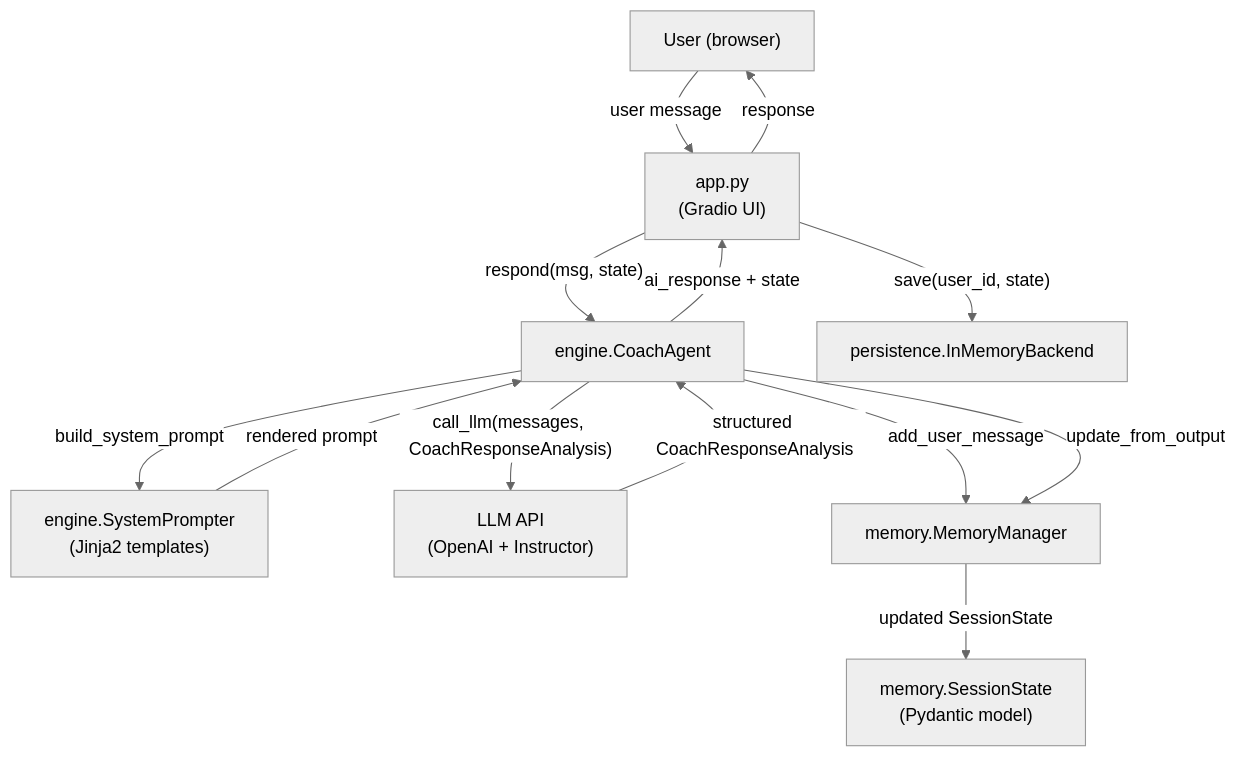
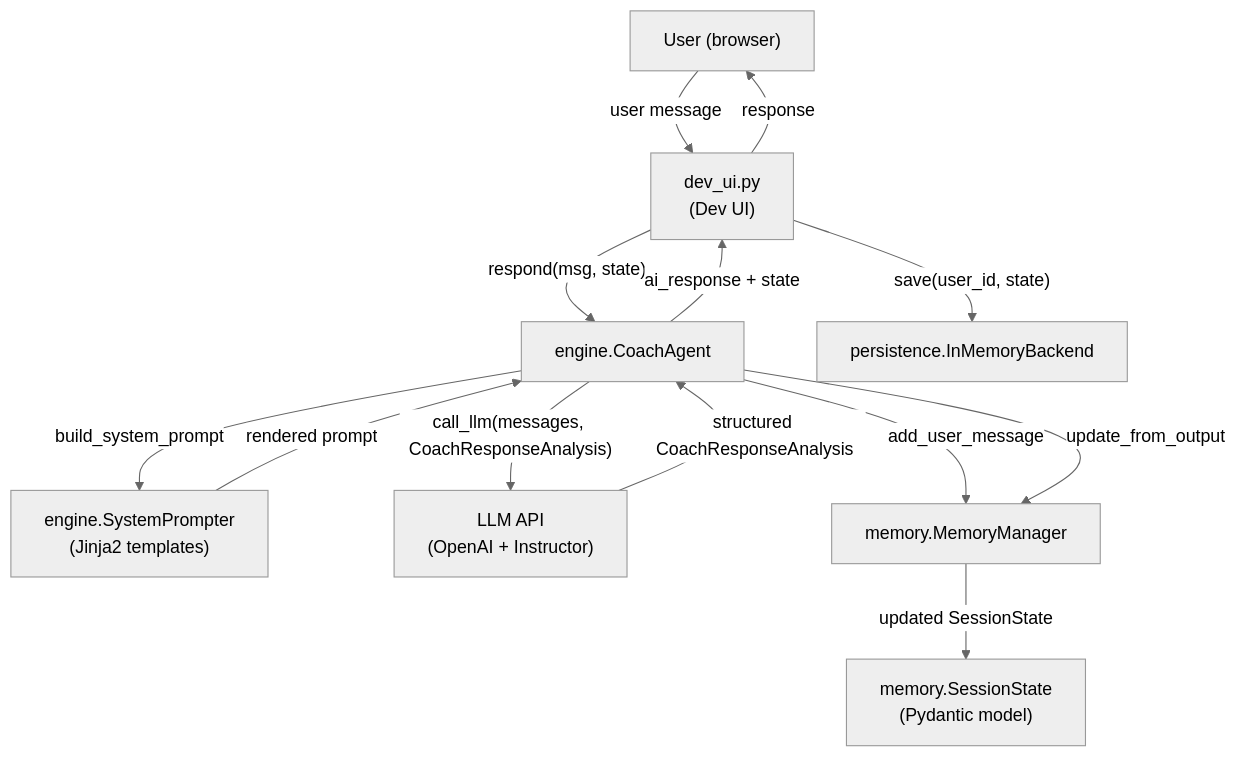
The first of 2 diagrams in README.md (misza222/llm_coach), drawn with Mermaid (neutral theme) before and after one commit. The commit also changed other lines of this file and 4 other files, not shown here.

First line of the commit message:
refactor: rename app.py to dev_ui.py and mark as dev-only interface

````diff
--- a/README.md
+++ b/README.md
@@ -11,24 +11,24 @@
 ```mermaid
 flowchart TD
     User["User (browser)"]
-    AppPy["app.py\n(Gradio UI)"]
+    AppPy["dev_ui.py\n(Dev UI)"]
     CoachAgent["engine.CoachAgent"]
     SystemPrompter["engine.SystemPrompter\n(Jinja2 templates)"]
     LLM["LLM API\n(OpenAI + Instructor)"]
     MemoryManager["memory.MemoryManager"]
     SessionState["memory.SessionState\n(Pydantic model)"]
     Persistence["persistence.InMemoryBackend"]
 
     User -->|"user message"| AppPy
     AppPy -->|"respond(msg, state)"| CoachAgent
     CoachAgent -->|"add_user_message"| MemoryManager
     CoachAgent -->|"build_system_prompt"| SystemPrompter
     SystemPrompter -->|"rendered prompt"| CoachAgent
     CoachAgent -->|"call_llm(messages, CoachResponseAnalysis)"| LLM
     LLM -->|"structured CoachResponseAnalysis"| CoachAgent
     CoachAgent -->|"update_from_output"| MemoryManager
     MemoryManager -->|"updated SessionState"| SessionState
     CoachAgent -->|"ai_response + state"| AppPy
     AppPy -->|"save(user_id, state)"| Persistence
     AppPy -->|"response"| User
 ```
````
